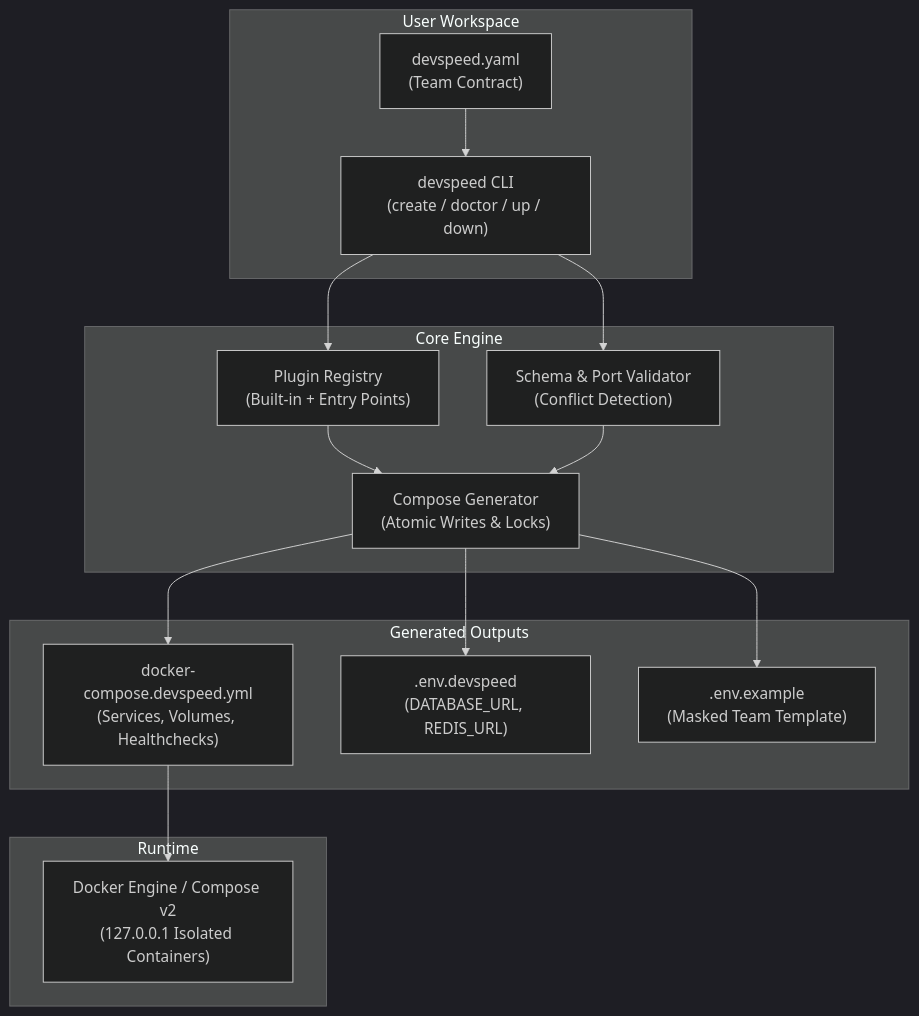
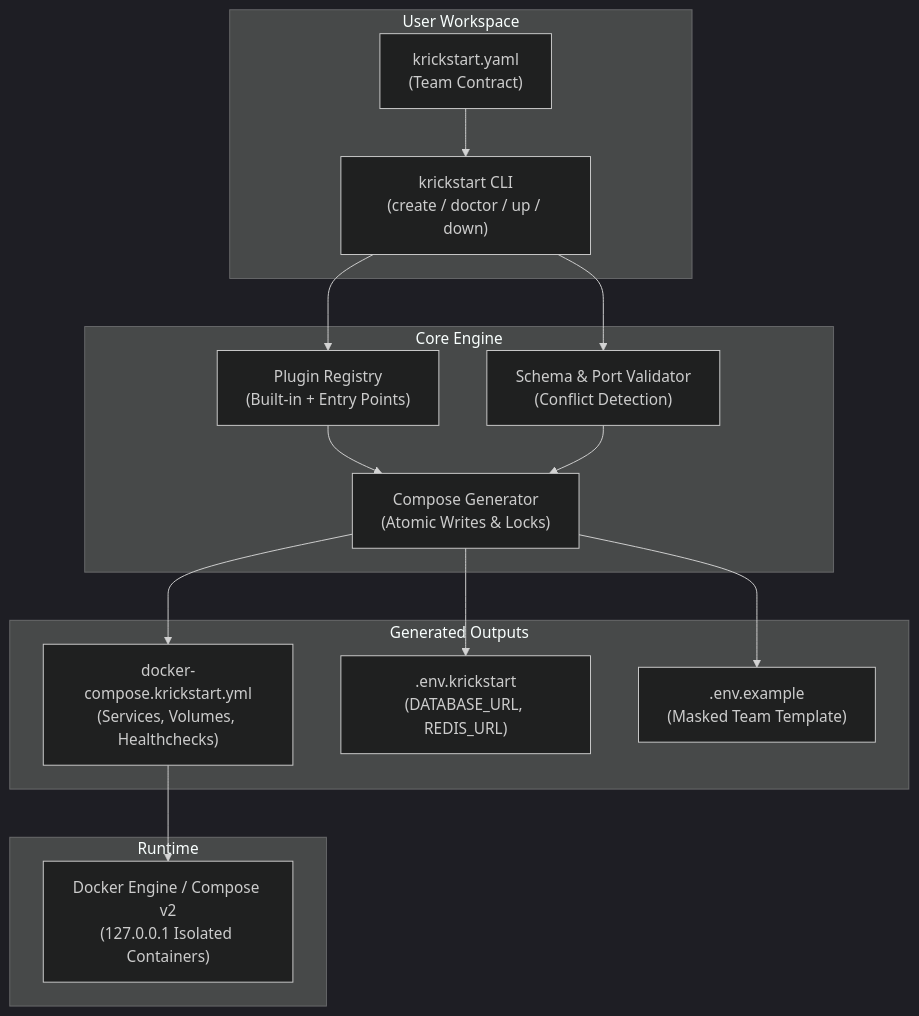
One commit to ZitouniNidhal/Krickstart changed the diagram in README.md. Above: the diagram before and after it, drawn with Mermaid (dark theme). The commit also changed other lines of this file, not shown here.

````diff
--- a/README.md
+++ b/README.md
@@ -27,33 +27,33 @@
 ```mermaid
 flowchart TD
     subgraph User Workspace
-        YAML["devspeed.yaml\n(Team Contract)"]
-        CLI["devspeed CLI\n(create / doctor / up / down)"]
+        YAML["krickstart.yaml\n(Team Contract)"]
+        CLI["krickstart CLI\n(create / doctor / up / down)"]
     end
 
     subgraph Core Engine
         REG["Plugin Registry\n(Built-in + Entry Points)"]
         VAL["Schema & Port Validator\n(Conflict Detection)"]
         GEN["Compose Generator\n(Atomic Writes & Locks)"]
     end
 
     subgraph Generated Outputs
-        DC["docker-compose.devspeed.yml\n(Services, Volumes, Healthchecks)"]
-        ENV[".env.devspeed\n(DATABASE_URL, REDIS_URL)"]
+        DC["docker-compose.krickstart.yml\n(Services, Volumes, Healthchecks)"]
+        ENV[".env.krickstart\n(DATABASE_URL, REDIS_URL)"]
         EX[".env.example\n(Masked Team Template)"]
     end
 
     subgraph Runtime
         DOCKER["Docker Engine / Compose v2\n(127.0.0.1 Isolated Containers)"]
     end
 
     YAML --> CLI
     CLI --> VAL
     CLI --> REG
     REG --> GEN
     VAL --> GEN
     GEN --> DC
     GEN --> ENV
     GEN --> EX
     DC --> DOCKER
 ```
````
